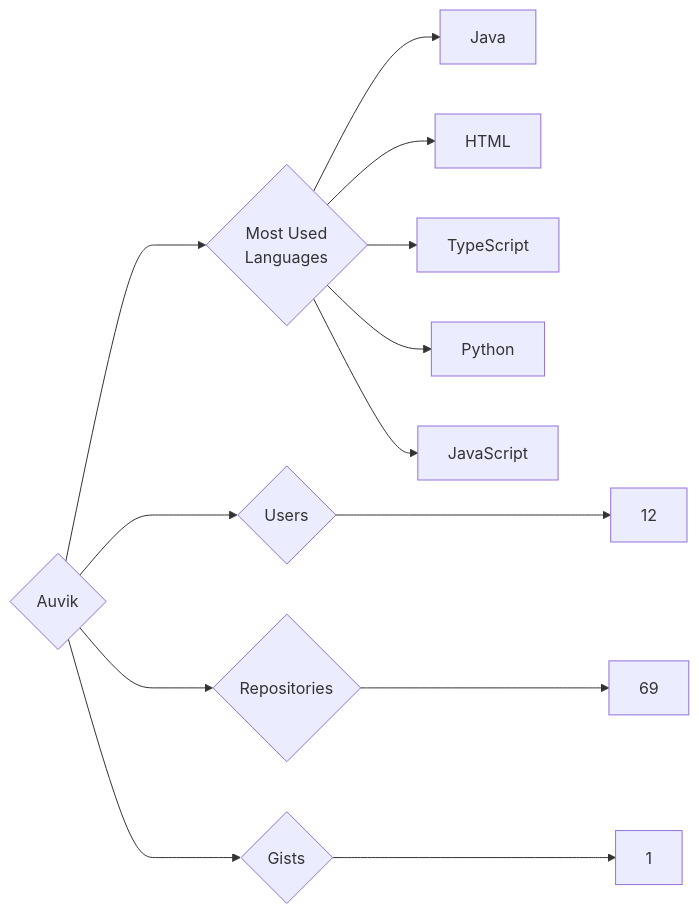
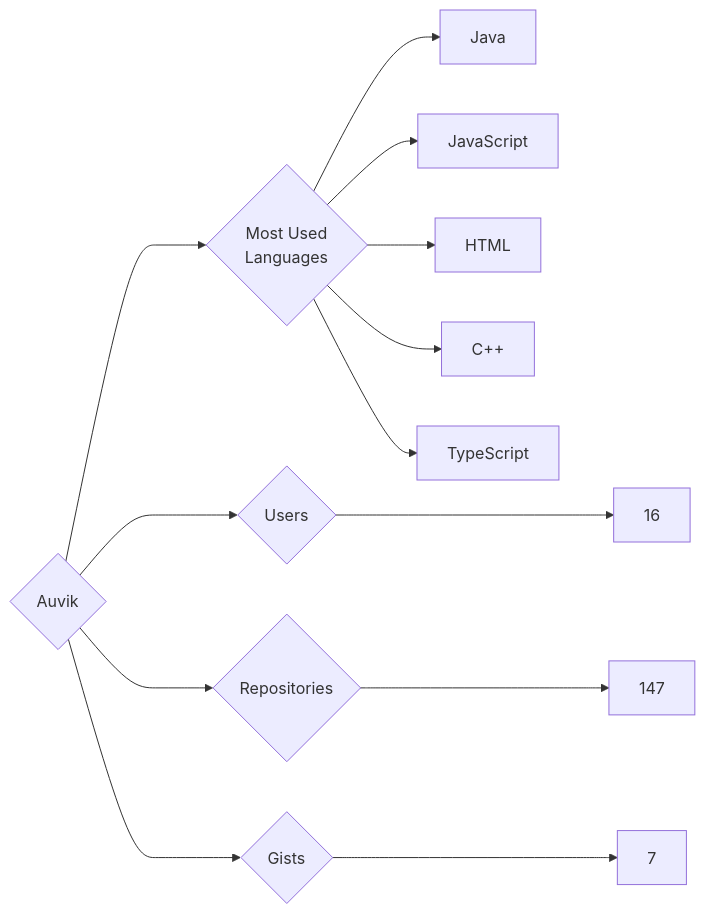
One commit to trickest/insiders changed the diagram in targets/Auvik/README.md. Above: the diagram before and after it, drawn with Mermaid. The commit also changed 930 other files, not shown here.

````diff
--- a/targets/Auvik/README.md
+++ b/targets/Auvik/README.md
@@ -3,13 +3,13 @@
 ```mermaid
 graph LR
 COMPANY_NAME{Auvik}
-COMPANY_NAME ---> U{Users} ---> UN[12]
-COMPANY_NAME ---> R{Repositories} ---> RN[69]
-COMPANY_NAME ---> G{Gists} ---> GN[1]
+COMPANY_NAME ---> U{Users} ---> UN[16]
+COMPANY_NAME ---> R{Repositories} ---> RN[147]
+COMPANY_NAME ---> G{Gists} ---> GN[7]
 COMPANY_NAME ---> ML{Most Used<br>Languages}
 ML --> Java[Java]
+ML --> JavaScript[JavaScript]
 ML --> HTML[HTML]
+ML --> C++[C++]
 ML --> TypeScript[TypeScript]
-ML --> Python[Python]
-ML --> JavaScript[JavaScript]
 ```
````
